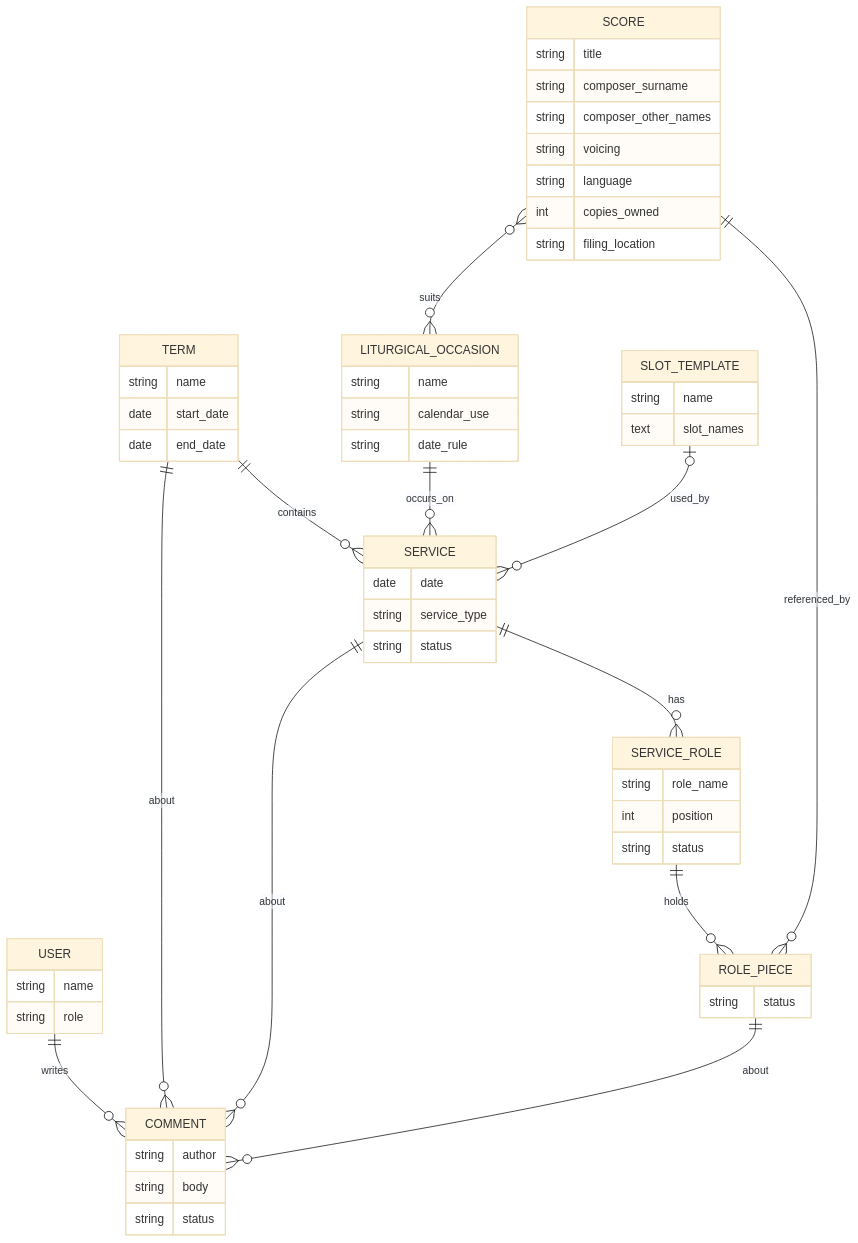
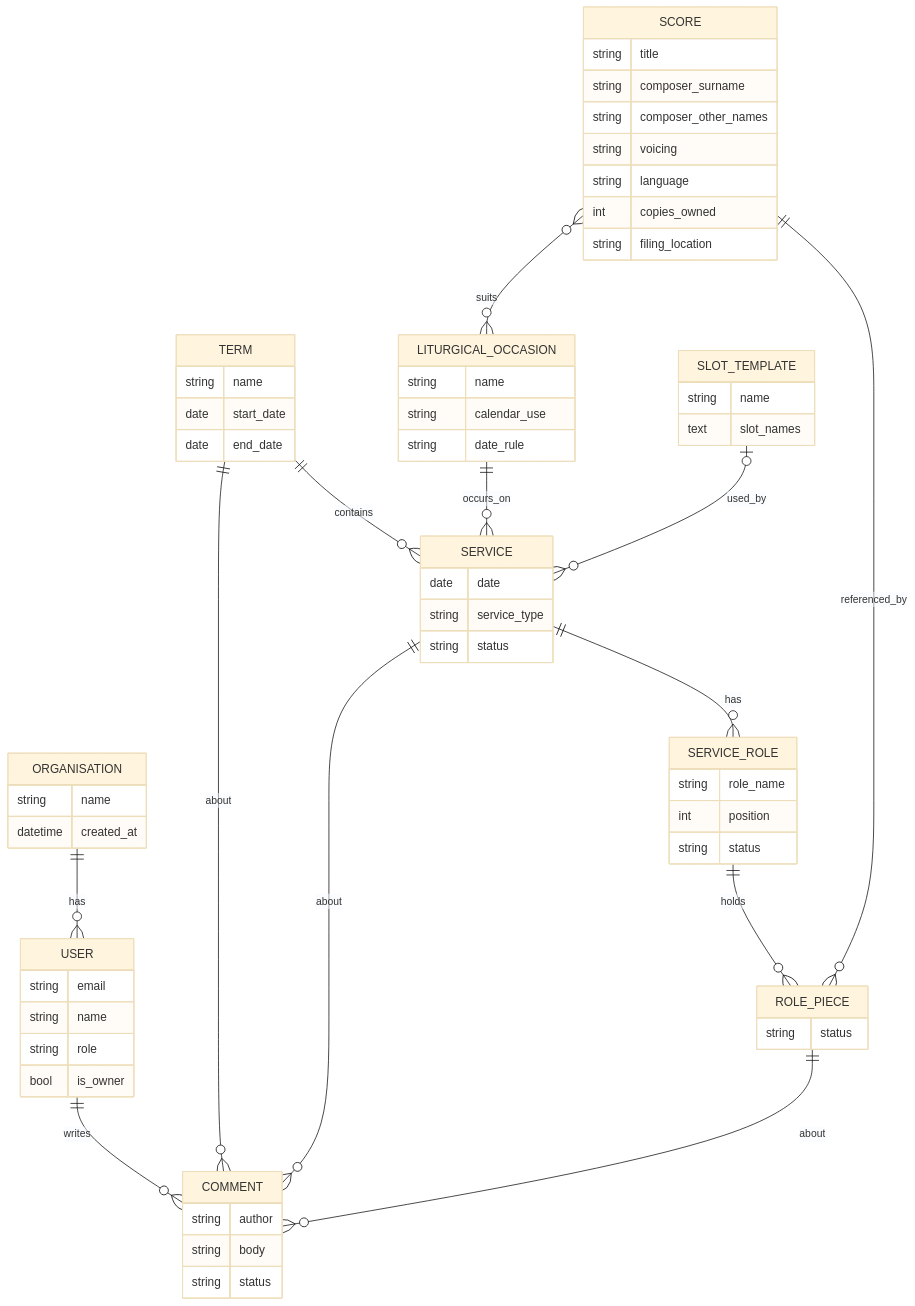
One commit to StockoL/precentor changed the diagram in docs/erd.mmd. Above: the diagram before and after it, drawn with Mermaid (base theme). The commit also changed 2 other files, not shown here.

Commit message:
Document the custom user and organisations
The README and models plan described roles as groups and had no account
model. They now give the user, its organisation and role, the rules the
database enforces and why the model was swapped before any tables
existed, and the ERD shows Organisation.

```diff
--- a/docs/erd.mmd
+++ b/docs/erd.mmd
@@ -1,66 +1,73 @@
 erDiagram
   %% See docs/models_plan.md for the reasoning behind these choices:
   %% - SCORE <-> LITURGICAL_OCCASION is a through-table (many-to-many)
   %% - COMMENT's link to TERM/SERVICE/ROLE_PIECE is one polymorphic
   %%   GenericForeignKey in Django, shown here as three edges since
   %%   erDiagram syntax can't express "one FK, any of three tables"
   %% - applying a SLOT_TEMPLATE copies its slot names into new
   %%   SERVICE_ROLE rows, which keep no link to it; the SERVICE only
   %%   records which template it uses now
+  ORGANISATION ||--o{ USER : has
   USER ||--o{ COMMENT : writes
   TERM ||--o{ SERVICE : contains
   LITURGICAL_OCCASION ||--o{ SERVICE : occurs_on
   SERVICE ||--o{ SERVICE_ROLE : has
   SLOT_TEMPLATE |o--o{ SERVICE : used_by
   SERVICE_ROLE ||--o{ ROLE_PIECE : holds
   SCORE ||--o{ ROLE_PIECE : referenced_by
   SCORE }o--o{ LITURGICAL_OCCASION : suits
   TERM ||--o{ COMMENT : about
   SERVICE ||--o{ COMMENT : about
   ROLE_PIECE ||--o{ COMMENT : about
 
+  ORGANISATION {
+    string name
+    datetime created_at
+  }
   USER {
+    string email
     string name
     string role
+    bool is_owner
   }
   TERM {
     string name
     date start_date
     date end_date
   }
   SERVICE {
     date date
     string service_type
     string status
   }
   SERVICE_ROLE {
     string role_name
     int position
     string status
   }
   SLOT_TEMPLATE {
     string name
     text slot_names
   }
   ROLE_PIECE {
     string status
   }
   SCORE {
     string title
     string composer_surname
     string composer_other_names
     string voicing
     string language
     int copies_owned
     string filing_location
   }
   LITURGICAL_OCCASION {
     string name
     string calendar_use
     string date_rule
   }
   COMMENT {
     string author
     string body
     string status
   }
```
